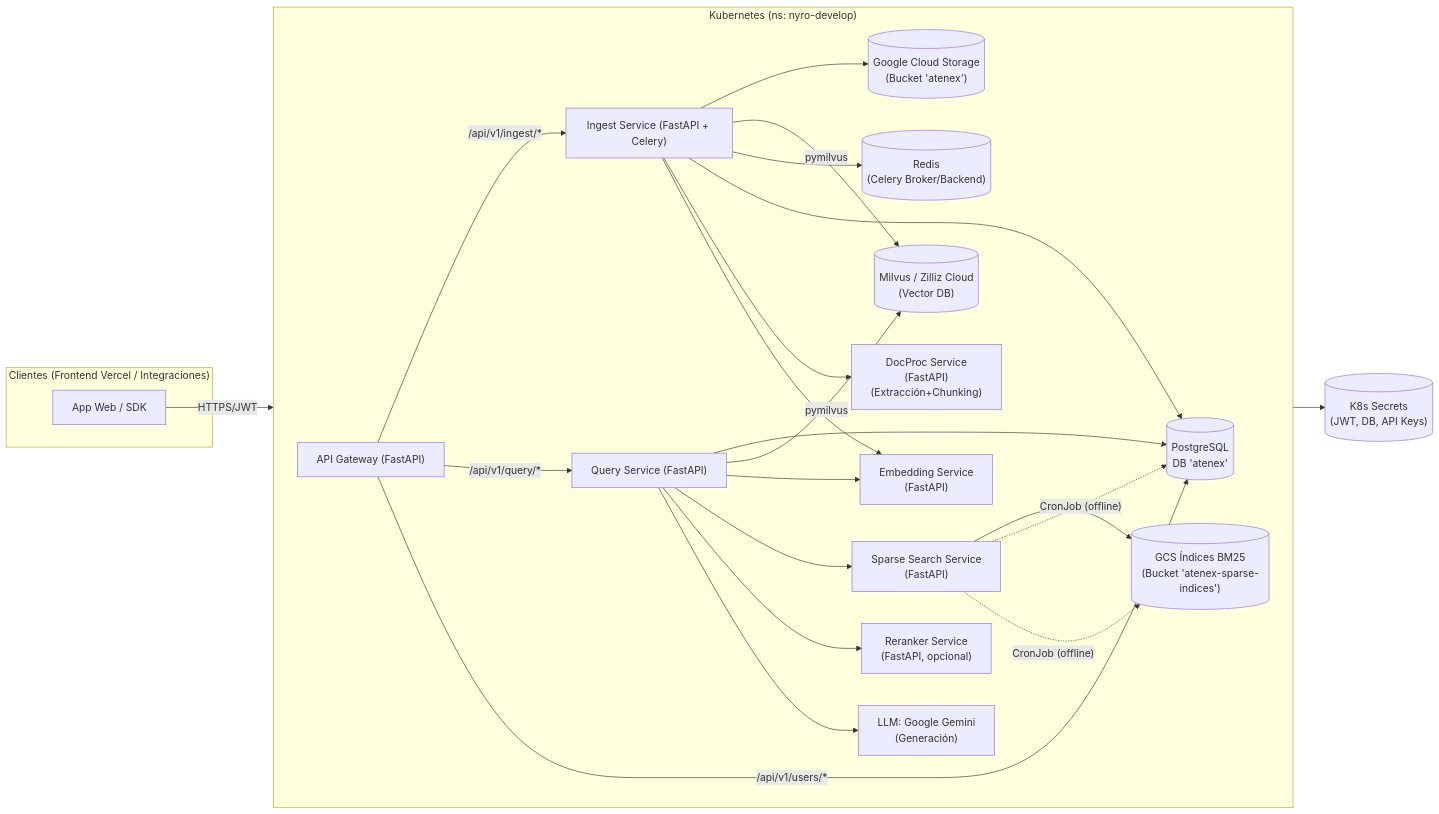
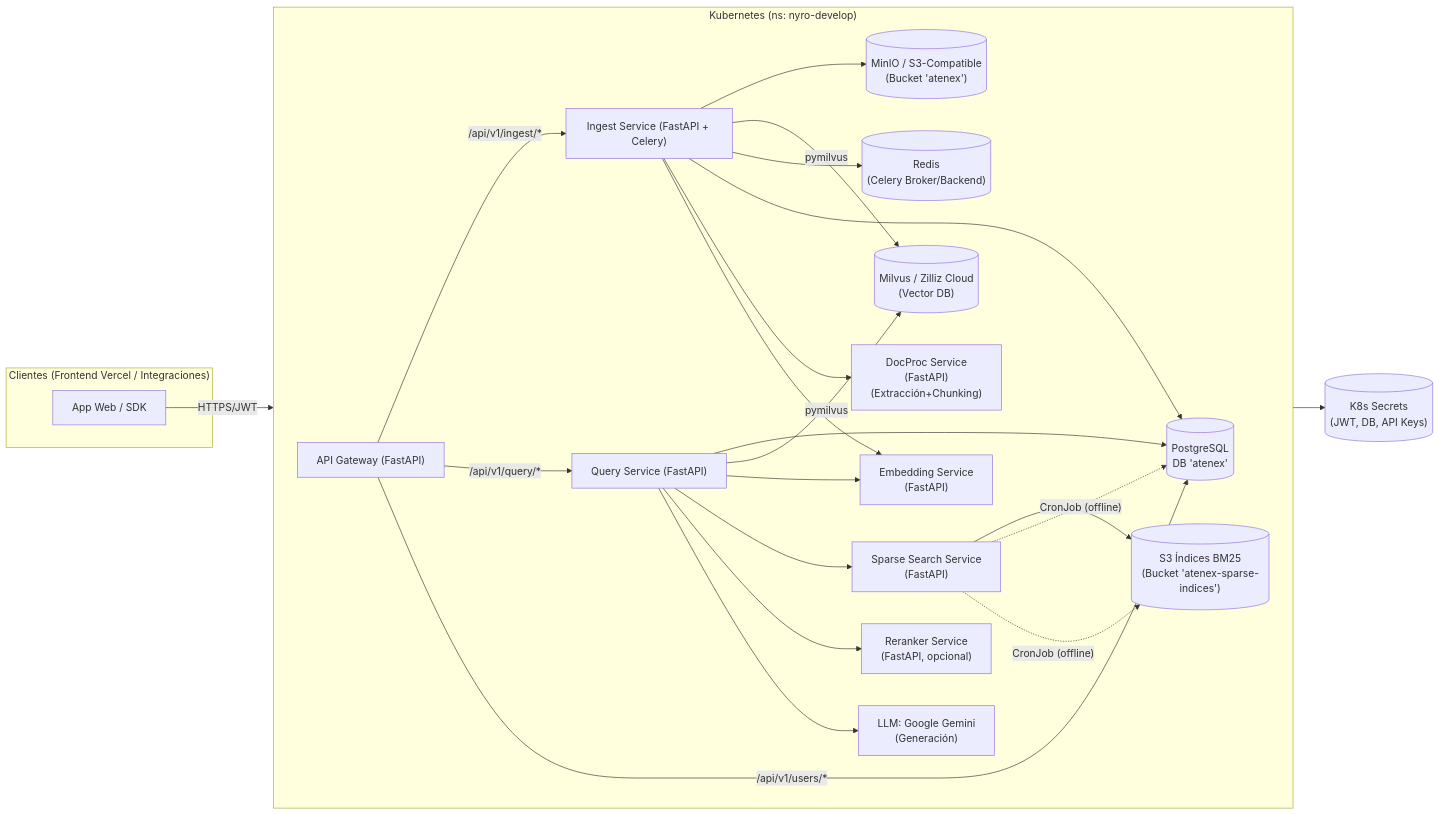
One commit to marcksdbgg/atenex_onprem changed the first of 2 diagrams in README.md. Above: the diagram before and after it, drawn with Mermaid. The commit also changed other lines of this file, not shown here.

Commit message:
Update storage documentation to reflect MinIO S3 setup

````diff
--- a/README.md
+++ b/README.md
@@ -21,37 +21,37 @@
 ```mermaid
 flowchart LR
   subgraph Client["Clientes (Frontend Vercel / Integraciones)"]
     FE["App Web / SDK"]
   end
 
   FE -- HTTPS/JWT --> GW["API Gateway (FastAPI)"]
 
   subgraph K8s["Kubernetes (ns: nyro-develop)"]
     direction LR
 
     GW -->|/api/v1/ingest/*| ING["Ingest Service (FastAPI + Celery)"]
     GW -->|/api/v1/query/*| QRY["Query Service (FastAPI)"]
     GW -->|/api/v1/users/*| PSQL[(PostgreSQL\nDB 'atenex')]
 
-    ING --> GCS[("Google Cloud Storage\n(Bucket 'atenex')")]
+    ING --> MINIO[("MinIO / S3-Compatible\n(Bucket 'atenex')")]
     ING -->|pymilvus| MILVUS[("Milvus / Zilliz Cloud\n(Vector DB)")]
     ING --> REDIS[("Redis\n(Celery Broker/Backend)")]
     ING --> PSQL
 
     QRY --> PSQL
     QRY -->|pymilvus| MILVUS
     QRY --> EMB["Embedding Service\n(FastAPI)"]
     QRY --> SPARSE["Sparse Search Service\n(FastAPI)"]
     QRY --> RERANK["Reranker Service\n(FastAPI, opcional)"]
     QRY --> GEMINI["LLM: Google Gemini\n(Generación)"]
 
     ING --> DOCPROC["DocProc Service\n(FastAPI)\n(Extracción+Chunking)"]
     ING --> EMB
 
-    SPARSE --> GCSIDX[("GCS Índices BM25\n(Bucket 'atenex-sparse-indices')")]
+    SPARSE --> S3IDX[("S3 Índices BM25\n(Bucket 'atenex-sparse-indices')")]
     SPARSE -. CronJob (offline) .-> PSQL
-    SPARSE -. CronJob (offline) .-> GCSIDX
+    SPARSE -. CronJob (offline) .-> S3IDX
   end
 
   GW --> SECRETS[("K8s Secrets\n(JWT, DB, API Keys)")]
 ```
````
